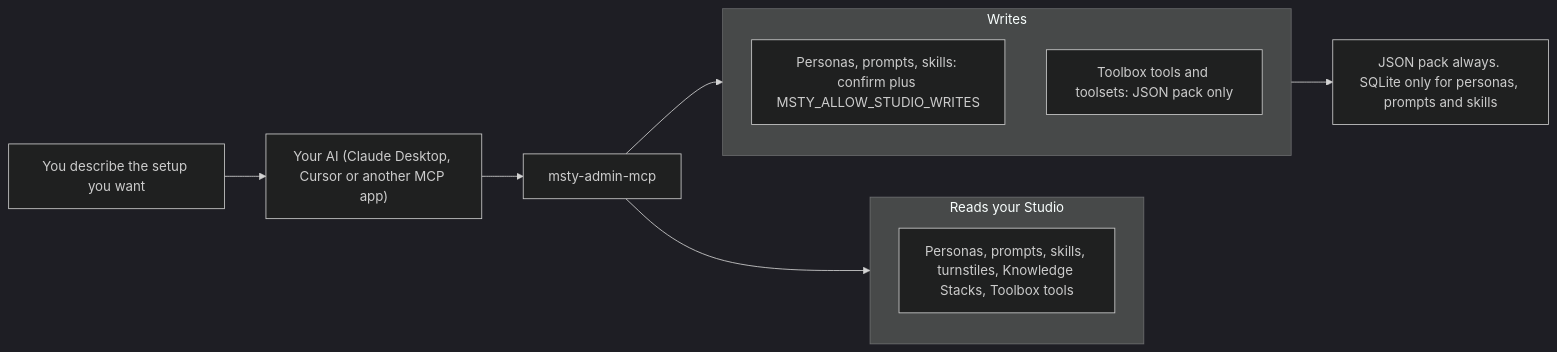
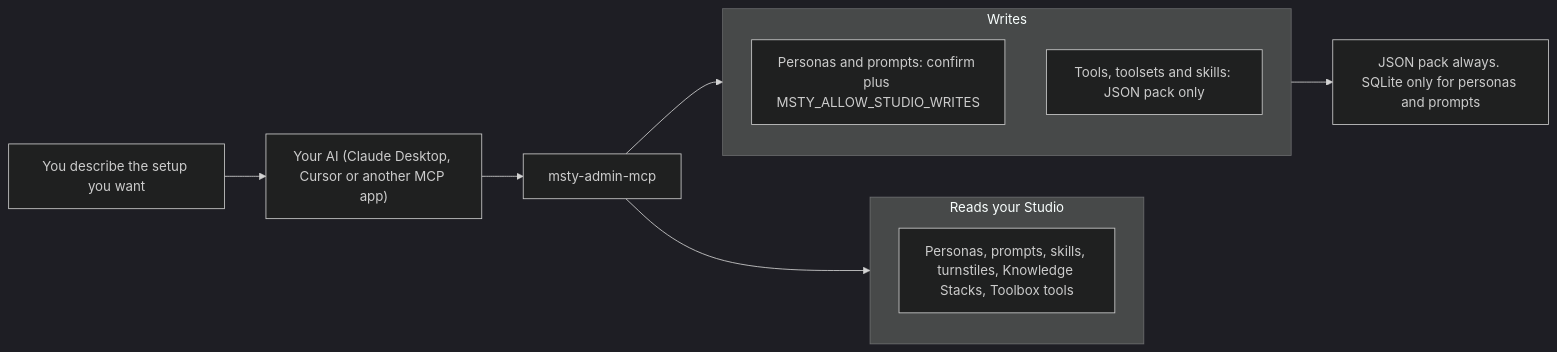
One commit to M-Pineapple/msty-admin-mcp changed the second of 4 diagrams in README.md. Above: the diagram before and after it, drawn with Mermaid (dark theme). The commit also changed other lines of this file and 6 other files, not shown here.

First line of the commit message:
fix: WAL backups, model-name aliases, and pack-only skills

````diff
--- a/README.md
+++ b/README.md
@@ -49,15 +49,15 @@
 ```mermaid
 flowchart LR
     Y["You describe the setup you want"] --> A["Your AI (Claude Desktop, Cursor or another MCP app)"]
     A --> M["msty-admin-mcp"]
     subgraph Reads["Reads your Studio"]
         I["Personas, prompts, skills, turnstiles, Knowledge Stacks, Toolbox tools"]
     end
     subgraph Writes["Writes"]
-        P["Personas, prompts, skills: confirm plus MSTY_ALLOW_STUDIO_WRITES"]
-        V["Toolbox tools and toolsets: JSON pack only"]
+        P["Personas and prompts: confirm plus MSTY_ALLOW_STUDIO_WRITES"]
+        V["Tools, toolsets and skills: JSON pack only"]
     end
     M --> Reads
     M --> Writes
-    Writes --> X["JSON pack always. SQLite only for personas, prompts and skills"]
+    Writes --> X["JSON pack always. SQLite only for personas and prompts"]
 ```
````
